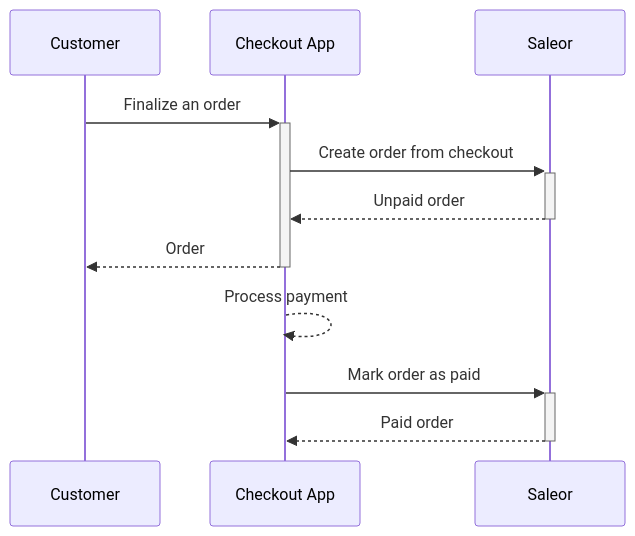
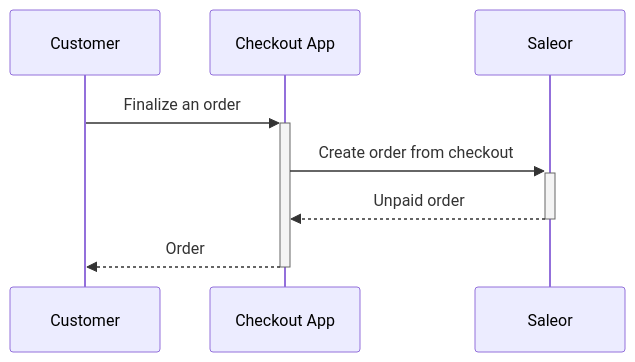
The seventh of 7 diagrams in docs/developer/checkout.mdx (saleor/saleor-docs), drawn with Mermaid before and after one commit. The commit also changed other lines of this file, not shown here.

````diff
--- a/docs/developer/checkout.mdx
+++ b/docs/developer/checkout.mdx
@@ -1101,10 +1147,7 @@
 ```mermaid
 sequenceDiagram
     Customer->>+Checkout App: Finalize an order
     Checkout App ->>+ Saleor: Create order from checkout
     Saleor -->>- Checkout App: Unpaid order
     Checkout App-->>-Customer: Order
-    Checkout App -->> Checkout App: Process payment
-    Checkout App ->>+ Saleor: Mark order as paid
-    Saleor -->>- Checkout App: Paid order
 ```
````
